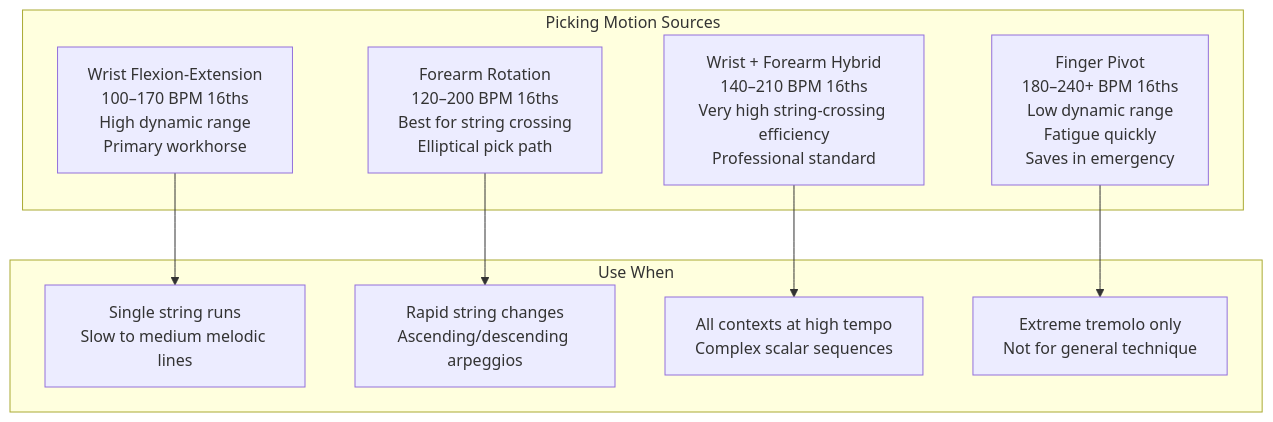
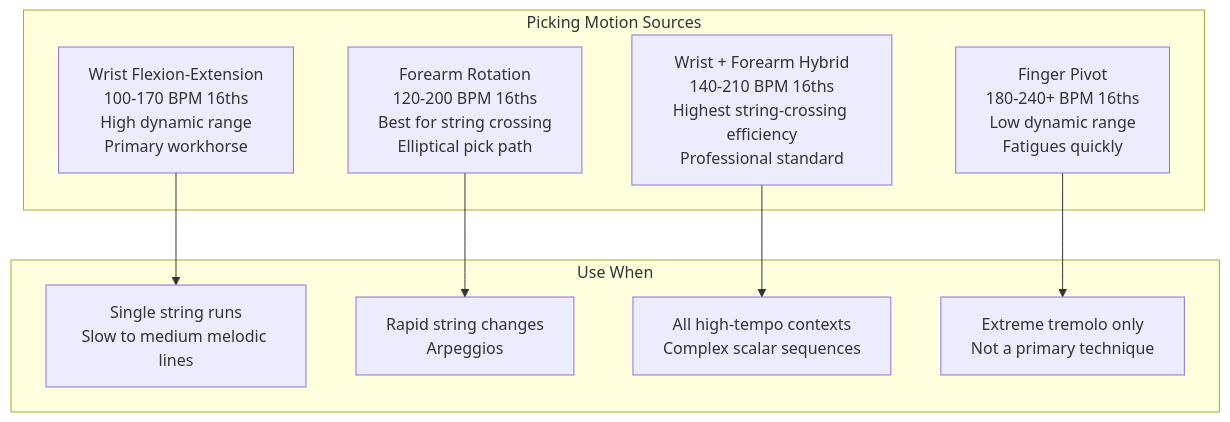
One commit to blebleblee/synapse changed the first of 4 diagrams in topics/arts/music_performance/electric_guitar/lesson_02_alternate_picking_and_articulation.md. Above: the diagram before and after it, drawn with Mermaid. The commit also changed other lines of this file and 3 other files, not shown here.

````diff
--- a/topics/arts/music_performance/electric_guitar/lesson_02_alternate_picking_and_articulation.md
+++ b/topics/arts/music_performance/electric_guitar/lesson_02_alternate_picking_and_articulation.md
@@ -42,21 +38,37 @@
 ```mermaid
 flowchart TD
     subgraph sub_motion ["Picking Motion Sources"]
-        A["Wrist Flexion-Extension\n100–170 BPM 16ths\nHigh dynamic range\nPrimary workhorse"] 
-        B["Forearm Rotation\n120–200 BPM 16ths\nBest for string crossing\nElliptical pick path"]
-        C["Wrist + Forearm Hybrid\n140–210 BPM 16ths\nVery high string-crossing efficiency\nProfessional standard"]
-        D["Finger Pivot\n180–240+ BPM 16ths\nLow dynamic range\nFatigue quickly\nSaves in emergency"]
+        A["Wrist Flexion-Extension
+100-170 BPM 16ths
+High dynamic range
+Primary workhorse"]
+        B["Forearm Rotation
+120-200 BPM 16ths
+Best for string crossing
+Elliptical pick path"]
+        C["Wrist + Forearm Hybrid
+140-210 BPM 16ths
+Highest string-crossing efficiency
+Professional standard"]
+        D["Finger Pivot
+180-240+ BPM 16ths
+Low dynamic range
+Fatigues quickly"]
     end
 
     subgraph sub_context ["Use When"]
-        E["Single string runs\nSlow to medium melodic lines"]
-        F["Rapid string changes\nAscending/descending arpeggios"]
-        G["All contexts at high tempo\nComplex scalar sequences"]
-        H["Extreme tremolo only\nNot for general technique"]
+        E["Single string runs
+Slow to medium melodic lines"]
+        F["Rapid string changes
+Arpeggios"]
+        G["All high-tempo contexts
+Complex scalar sequences"]
+        H["Extreme tremolo only
+Not a primary technique"]
     end
 
     A --> E
     B --> F
     C --> G
     D --> H
 ```
````
